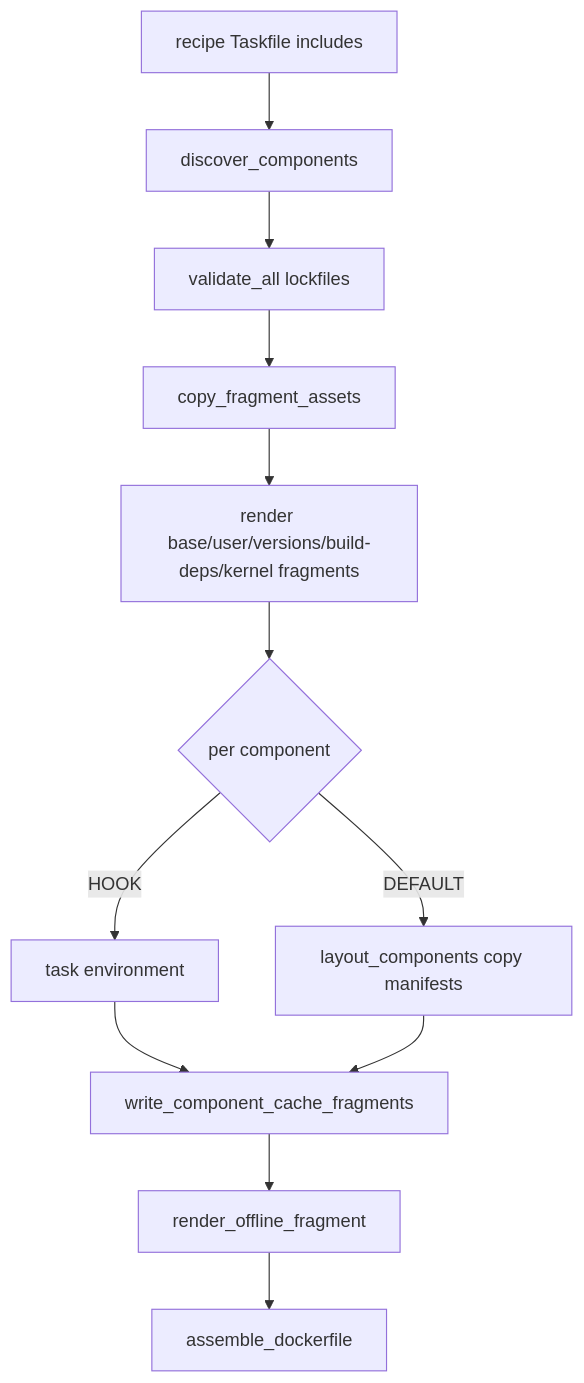
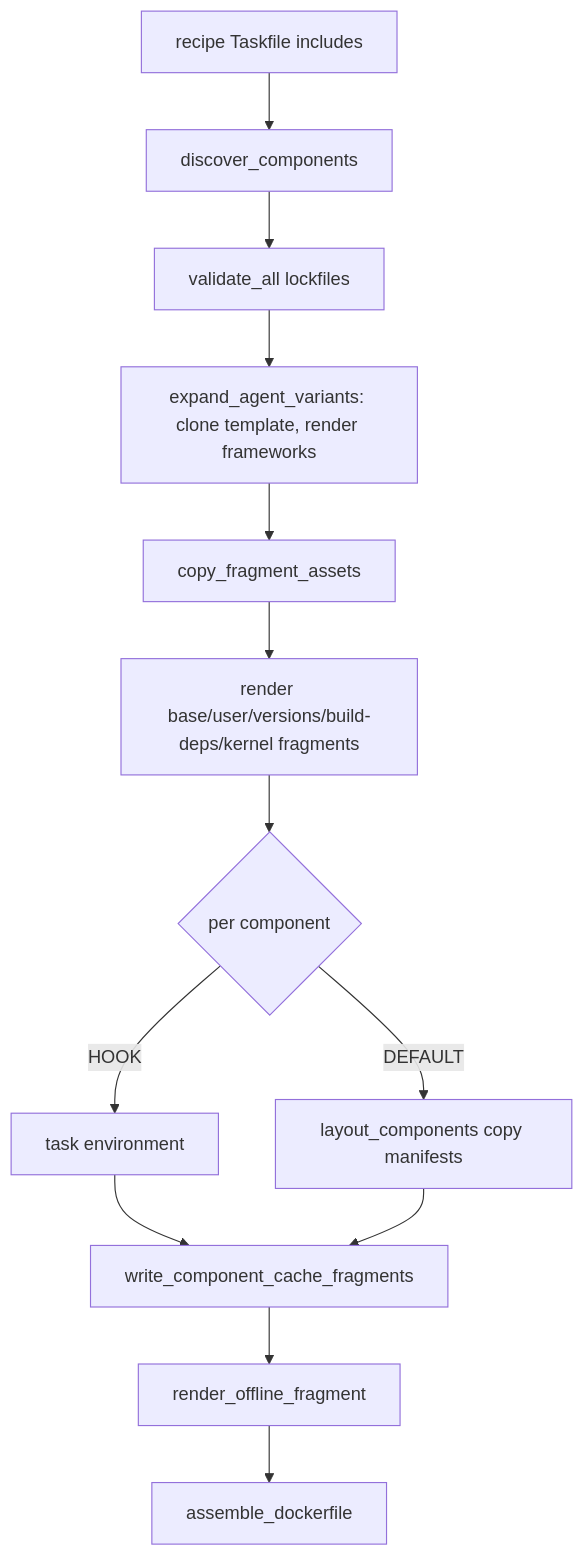
One commit to datarobot-oss/dr-environment changed the diagram in AGENTS.md. Above: the diagram before and after it, drawn with Mermaid. The commit also changed other lines of this file and 24 other files, not shown here.

First line of the commit message:
[BUZZOK-31949] Bake the agent template and cache every framework

````diff
--- a/AGENTS.md
+++ b/AGENTS.md
@@ -71,14 +73,15 @@
 ```mermaid
 flowchart TD
     A[recipe Taskfile includes] --> B[discover_components]
     B --> C[validate_all lockfiles]
-    C --> D[copy_fragment_assets]
+    C --> V[expand_agent_variants: clone template, render frameworks]
+    V --> D[copy_fragment_assets]
     D --> E[render base/user/versions/build-deps/kernel fragments]
     E --> F{per component}
     F -->|HOOK| G[task environment]
     F -->|DEFAULT| H[layout_components copy manifests]
     G --> I[write_component_cache_fragments]
     H --> I
     I --> J[render_offline_fragment]
     J --> K[assemble_dockerfile]
 ```
````
